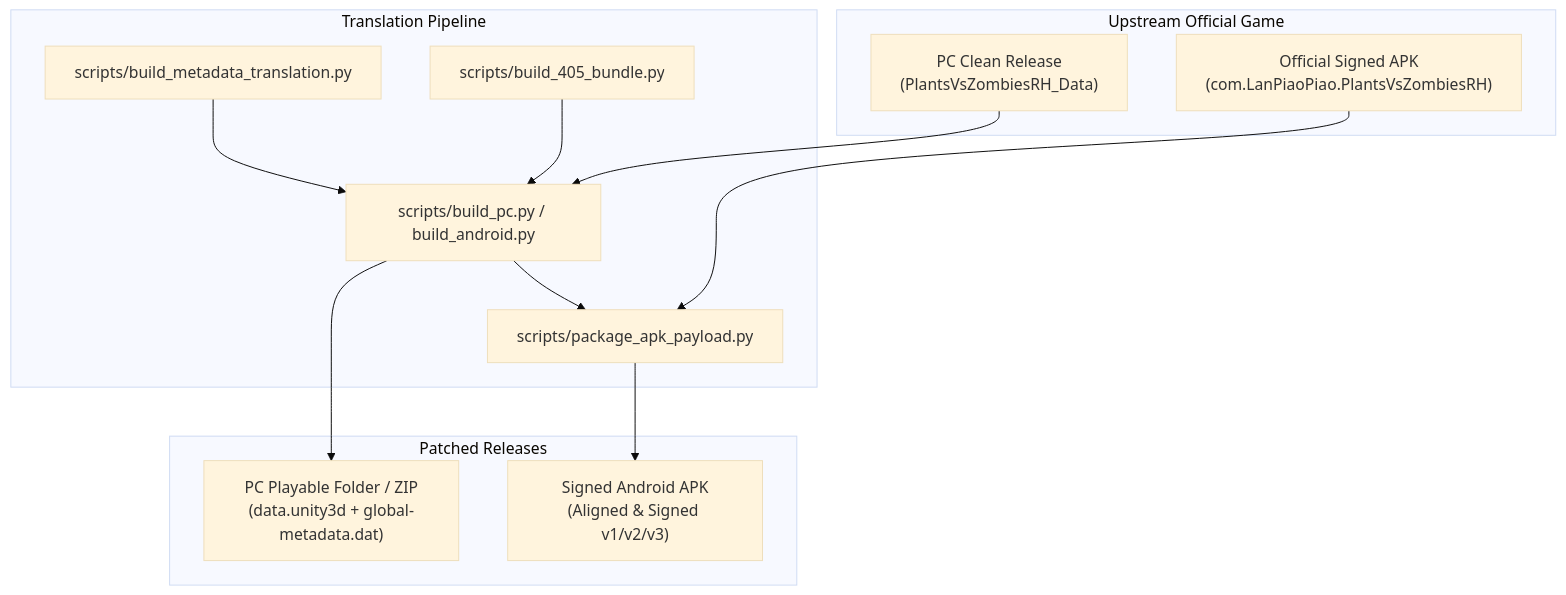
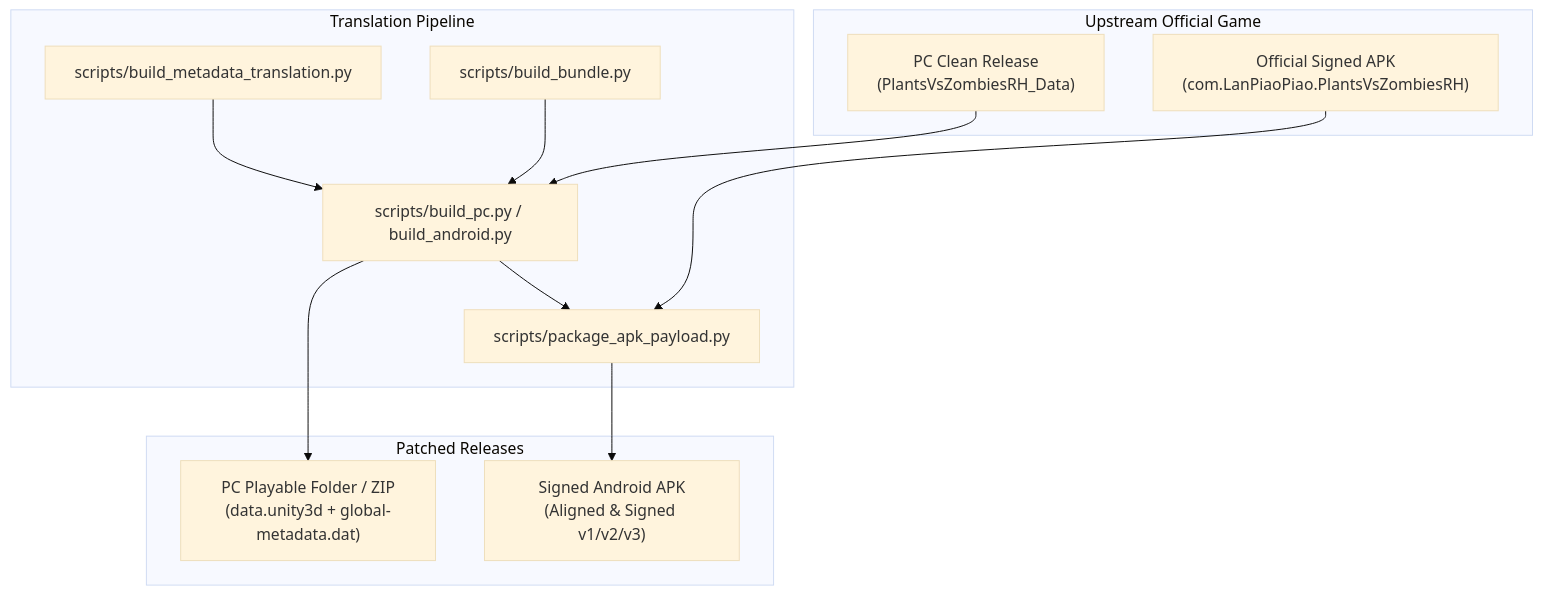
The diagram in docs/ARCHITECTURE.md (Tproplay/Pvz-Fusion-Translation-Lite), drawn with Mermaid (base theme) before and after one commit. The commit also changed other lines of this file and 6 other files, not shown here.

Commit message:
fix: translate '沼泽' to 'Swamp', fix 'Giga Football Striker' styling, rename build_405_bundle to build_bundle

````diff
--- a/docs/ARCHITECTURE.md
+++ b/docs/ARCHITECTURE.md
@@ -174,27 +174,27 @@
 ```mermaid
 flowchart TD
     subgraph Upstream ["Upstream Official Game"]
         PC_Orig["PC Clean Release\n(PlantsVsZombiesRH_Data)"]
         APK_Orig["Official Signed APK\n(com.LanPiaoPiao.PlantsVsZombiesRH)"]
     end
 
     subgraph Toolkit ["Translation Pipeline"]
         Scripts["scripts/build_pc.py / build_android.py"]
         MetaGen["scripts/build_metadata_translation.py"]
-        BundleGen["scripts/build_405_bundle.py"]
+        BundleGen["scripts/build_bundle.py"]
         APKPack["scripts/package_apk_payload.py"]
     end
 
     subgraph Outputs ["Patched Releases"]
         PC_Out["PC Playable Folder / ZIP\n(data.unity3d + global-metadata.dat)"]
         APK_Out["Signed Android APK\n(Aligned & Signed v1/v2/v3)"]
     end
 
     PC_Orig --> Scripts
     APK_Orig --> APKPack
     MetaGen --> Scripts
     BundleGen --> Scripts
     Scripts --> PC_Out
     Scripts --> APKPack
     APKPack --> APK_Out
 ```
````
